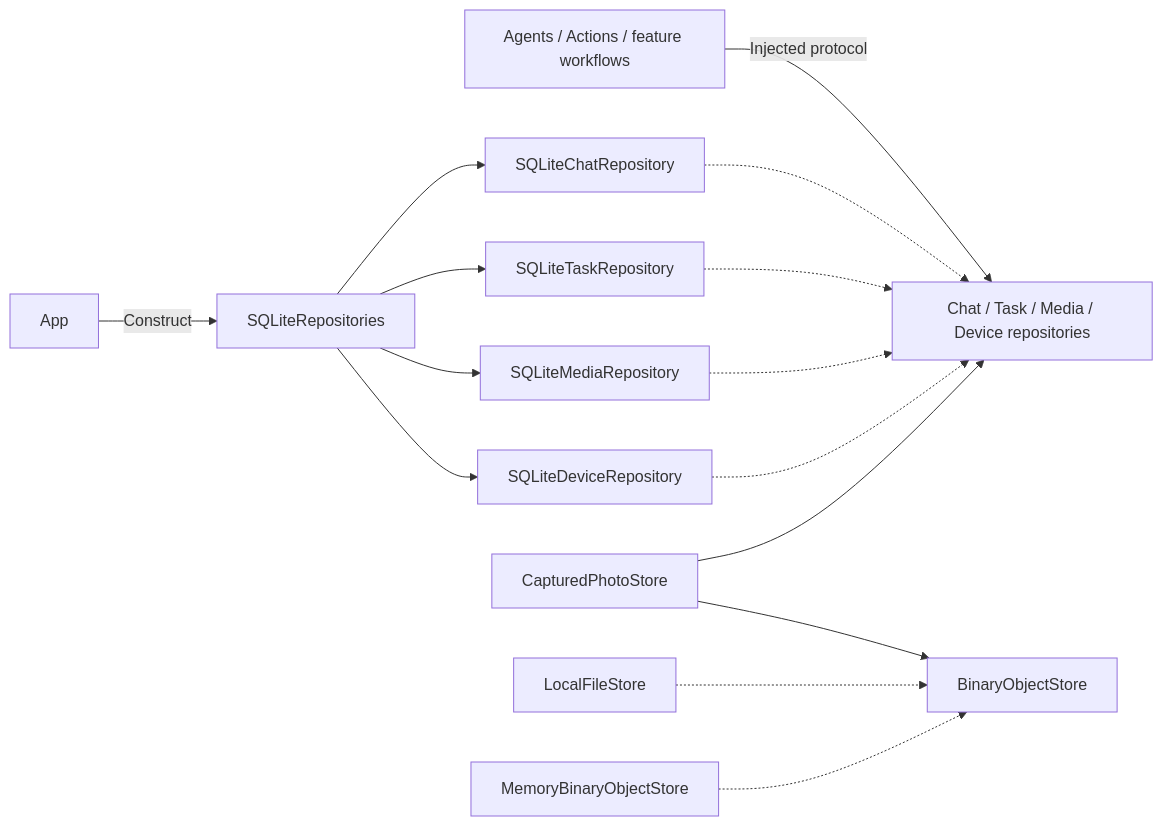
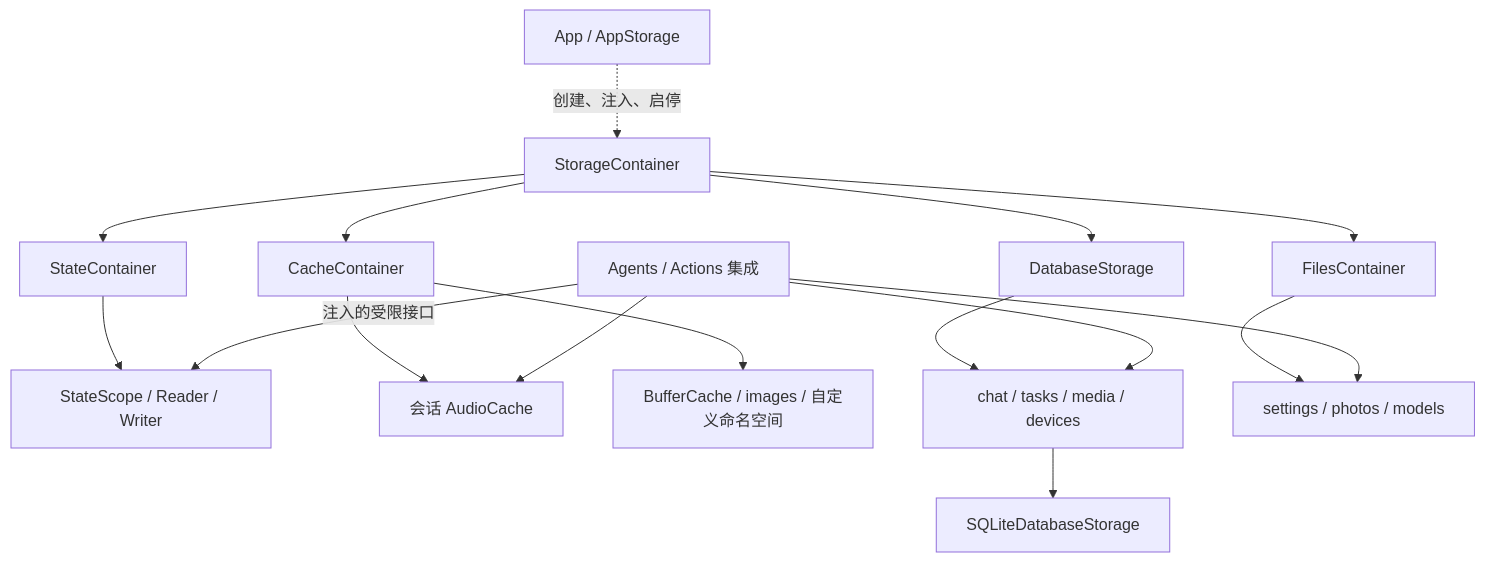
The diagram in MobileHarness/Storage/README.md (devilyouwei/MobileHarness), drawn with Mermaid before and after one commit. The commit also changed other lines of this file and 299 other files, not shown here.

First line of the commit message:
refactor(storage): introduce State Cache Database and Files containers

````diff
--- a/MobileHarness/Storage/README.md
+++ b/MobileHarness/Storage/README.md
@@ -9,17 +9,18 @@
 ```mermaid
-flowchart LR
- App -->|Construct| SQL[SQLiteRepositories]
- SQL --> ChatSQL[SQLiteChatRepository]
- SQL --> TaskSQL[SQLiteTaskRepository]
- SQL --> MediaSQL[SQLiteMediaRepository]
- SQL --> DeviceSQL[SQLiteDeviceRepository]
- Consumer[Agents / Actions / feature workflows] -->|Injected protocol| Contracts[Chat / Task / Media / Device repositories]
- ChatSQL -.-> Contracts
- TaskSQL -.-> Contracts
- MediaSQL -.-> Contracts
- DeviceSQL -.-> Contracts
- Media[CapturedPhotoStore] --> Contracts
- Media --> Binary[BinaryObjectStore]
- File[LocalFileStore] -.-> Binary
- Memory[MemoryBinaryObjectStore] -.-> Binary
+flowchart TB
+ App[App / AppStorage] -.->|创建、注入、启停| Root[StorageContainer]
+ Root --> State[StateContainer]
+ Root --> Cache[CacheContainer]
+ Root --> DB[DatabaseStorage]
+ Root --> Files[FilesContainer]
+ State --> Ports[StateScope / Reader / Writer]
+ Cache --> Audio[会话 AudioCache]
+ Cache --> Buffers[BufferCache / images / 自定义命名空间]
+ DB --> Repos[chat / tasks / media / devices]
+ Repos --> SQLite[SQLiteDatabaseStorage]
+ Files --> Names[settings / photos / models]
+ Consumer[Agents / Actions 集成] -->|注入的受限接口| Ports
+ Consumer --> Audio
+ Consumer --> Repos
+ Consumer --> Names
 ```
````
